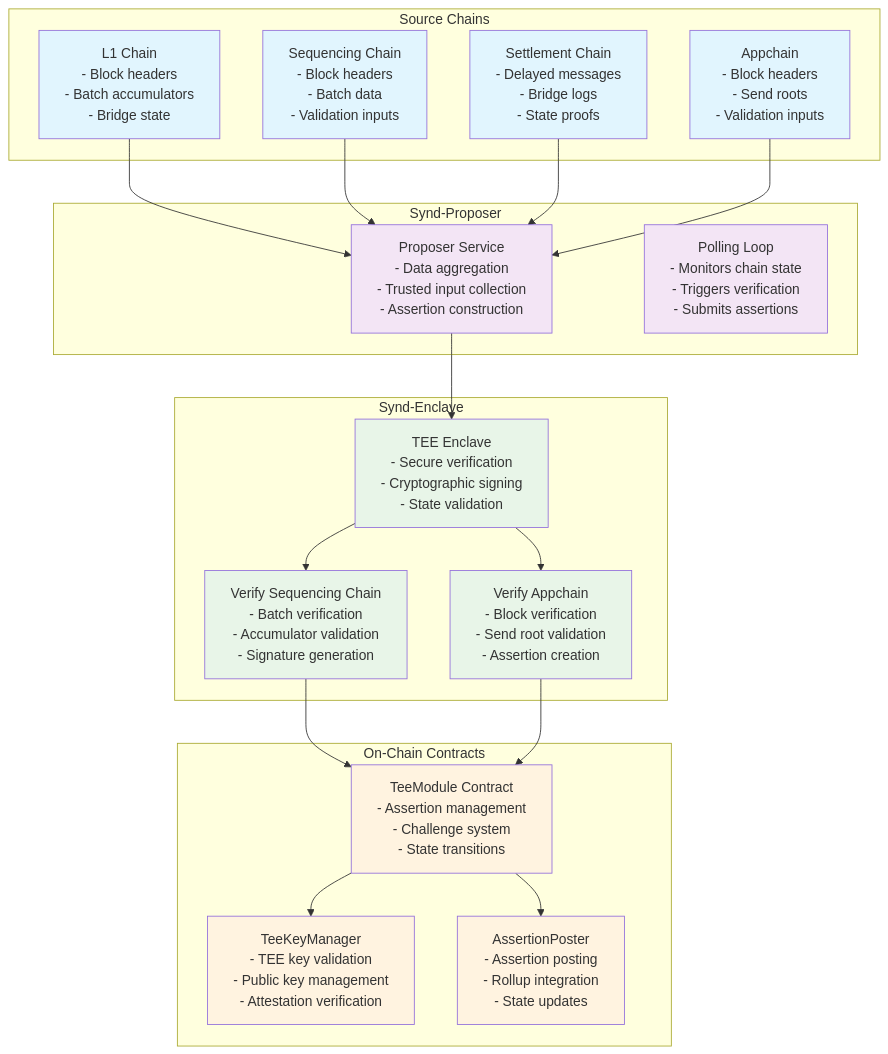
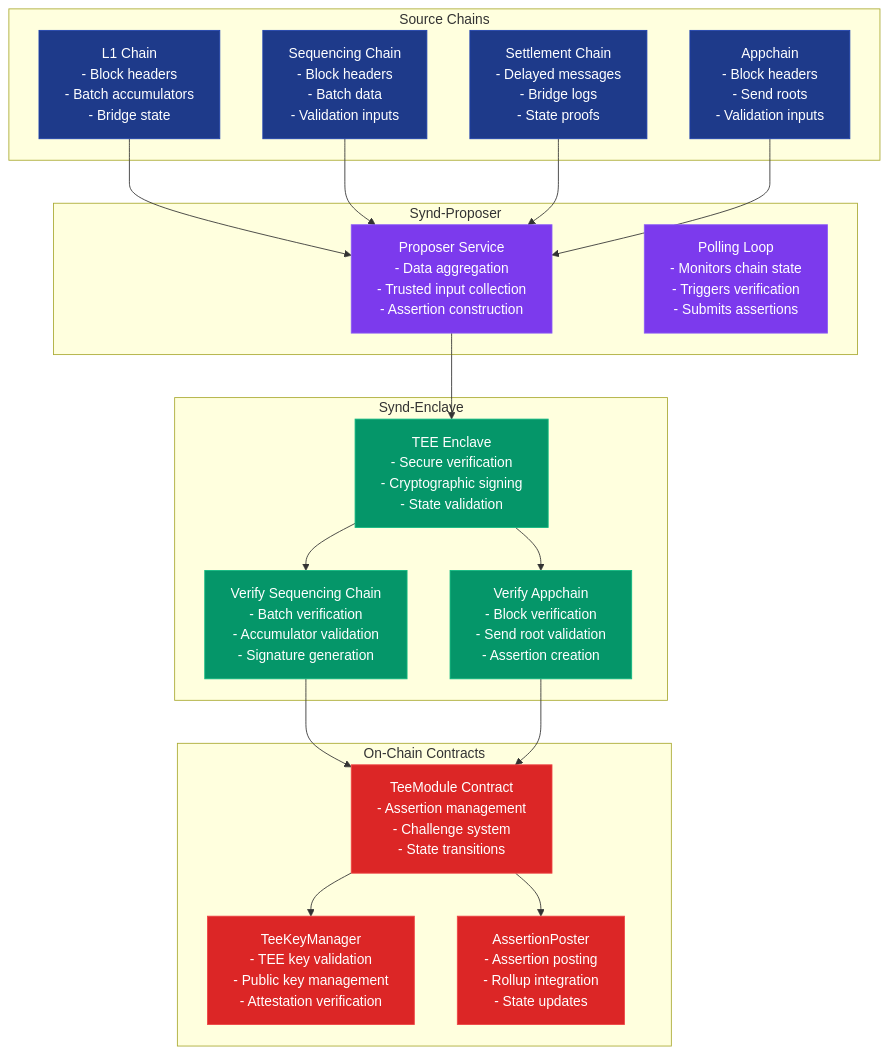
Before and after one commit to SyndicateProtocol/syndicate-appchains: the first of 2 diagrams in synd-withdrawals/README.md, drawn with Mermaid. The commit also changed 1 other file, not shown here.

Commit message:
higher contrast

````diff
--- a/synd-withdrawals/README.md
+++ b/synd-withdrawals/README.md
@@ -11,56 +11,56 @@
 ```mermaid
 graph TB
     %% Source Chains
     subgraph "Source Chains"
         L1[L1 Chain<br/>- Block headers<br/>- Batch accumulators<br/>- Bridge state]
         SEQ[Sequencing Chain<br/>- Block headers<br/>- Batch data<br/>- Validation inputs]
         SET[Settlement Chain<br/>- Delayed messages<br/>- Bridge logs<br/>- State proofs]
         APP[Appchain<br/>- Block headers<br/>- Send roots<br/>- Validation inputs]
     end
 
     %% Synd-Proposer
     subgraph "Synd-Proposer"
         PROPOSER[Proposer Service<br/>- Data aggregation<br/>- Trusted input collection<br/>- Assertion construction]
         POLLING[Polling Loop<br/>- Monitors chain state<br/>- Triggers verification<br/>- Submits assertions]
     end
 
     %% Synd-Enclave
     subgraph "Synd-Enclave"
         ENCLAVE[TEE Enclave<br/>- Secure verification<br/>- Cryptographic signing<br/>- State validation]
         VERIFY_SEQ[Verify Sequencing Chain<br/>- Batch verification<br/>- Accumulator validation<br/>- Signature generation]
         VERIFY_APP[Verify Appchain<br/>- Block verification<br/>- Send root validation<br/>- Assertion creation]
     end
 
     %% On-Chain Contracts
     subgraph "On-Chain Contracts"
         TEE_MODULE[TeeModule Contract<br/>- Assertion management<br/>- Challenge system<br/>- State transitions]
         KEY_MGR[TeeKeyManager<br/>- TEE key validation<br/>- Public key management<br/>- Attestation verification]
         ASSERTION_POSTER[AssertionPoster<br/>- Assertion posting<br/>- Rollup integration<br/>- State updates]
     end
 
     %% Data Flow
     L1 --> PROPOSER
     SEQ --> PROPOSER
     SET --> PROPOSER
     APP --> PROPOSER
 
     PROPOSER --> ENCLAVE
     ENCLAVE --> VERIFY_SEQ
     ENCLAVE --> VERIFY_APP
 
     VERIFY_SEQ --> TEE_MODULE
     VERIFY_APP --> TEE_MODULE
     TEE_MODULE --> KEY_MGR
     TEE_MODULE --> ASSERTION_POSTER
 
-    %% Styling
-    classDef sourceChain fill:#e1f5fe
-    classDef proposer fill:#f3e5f5
-    classDef enclave fill:#e8f5e8
-    classDef contracts fill:#fff3e0
+    %% Styling - High contrast for dark mode
+    classDef sourceChain fill:#1e3a8a,stroke:#1e40af,color:#ffffff
+    classDef proposer fill:#7c3aed,stroke:#8b5cf6,color:#ffffff
+    classDef enclave fill:#059669,stroke:#10b981,color:#ffffff
+    classDef contracts fill:#dc2626,stroke:#ef4444,color:#ffffff
 
     class L1,SEQ,SET,APP sourceChain
     class PROPOSER,POLLING proposer
     class ENCLAVE,VERIFY_SEQ,VERIFY_APP enclave
     class TEE_MODULE,KEY_MGR,ASSERTION_POSTER contracts
 ```
````
